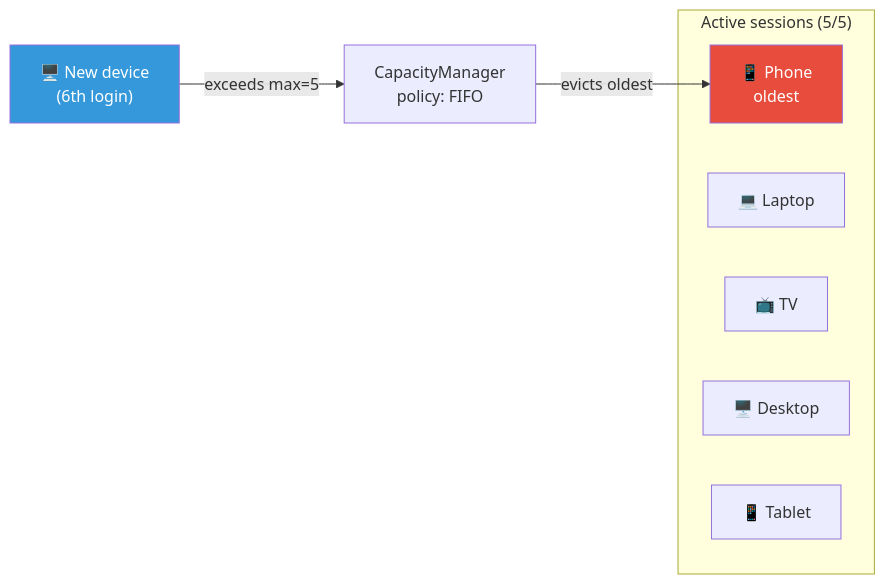
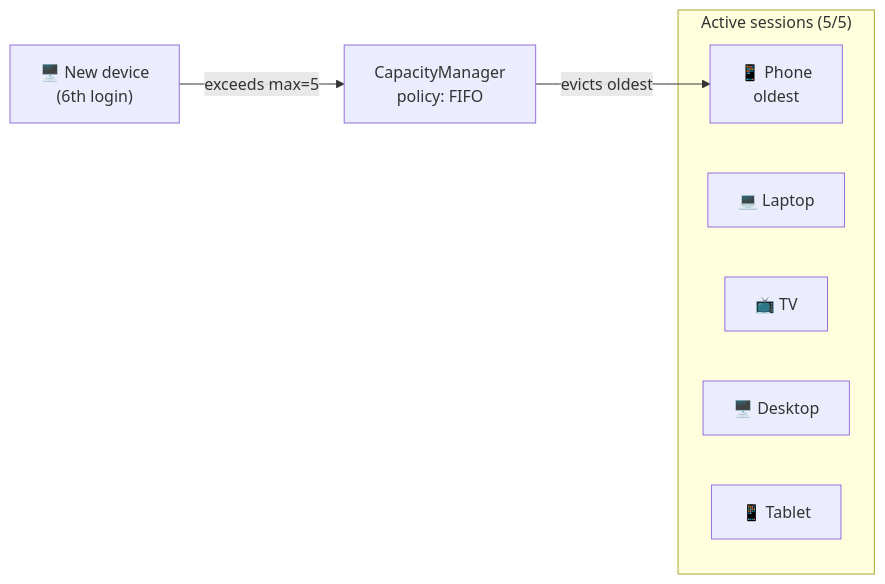
The fifth of 6 diagrams in docs/docs/learn/session-management.md (cyfko/veridot), drawn with Mermaid before and after one commit. The commit also changed other lines of this file and 25 other files, not shown here.

First line of the commit message:
style: remove colorful fill styles from Mermaid diagrams

````diff
--- a/docs/docs/learn/session-management.md
+++ b/docs/docs/learn/session-management.md
@@ -201,16 +199,14 @@
 ```mermaid
 flowchart LR
     subgraph "Active sessions (5/5)"
         S1["📱 Phone<br/>oldest"]
         S2["💻 Laptop"]
         S3["📺 TV"]
         S4["🖥️ Desktop"]
         S5["📱 Tablet"]
     end
 
     NEW["🖥️ New device<br/>(6th login)"] -->|"exceeds max=5"| EVICT
     EVICT["CapacityManager<br/>policy: FIFO"] -->|"evicts oldest"| S1
 
-    style S1 fill:#e74c3c,color:#fff
-    style NEW fill:#3498db,color:#fff
 ```
````
